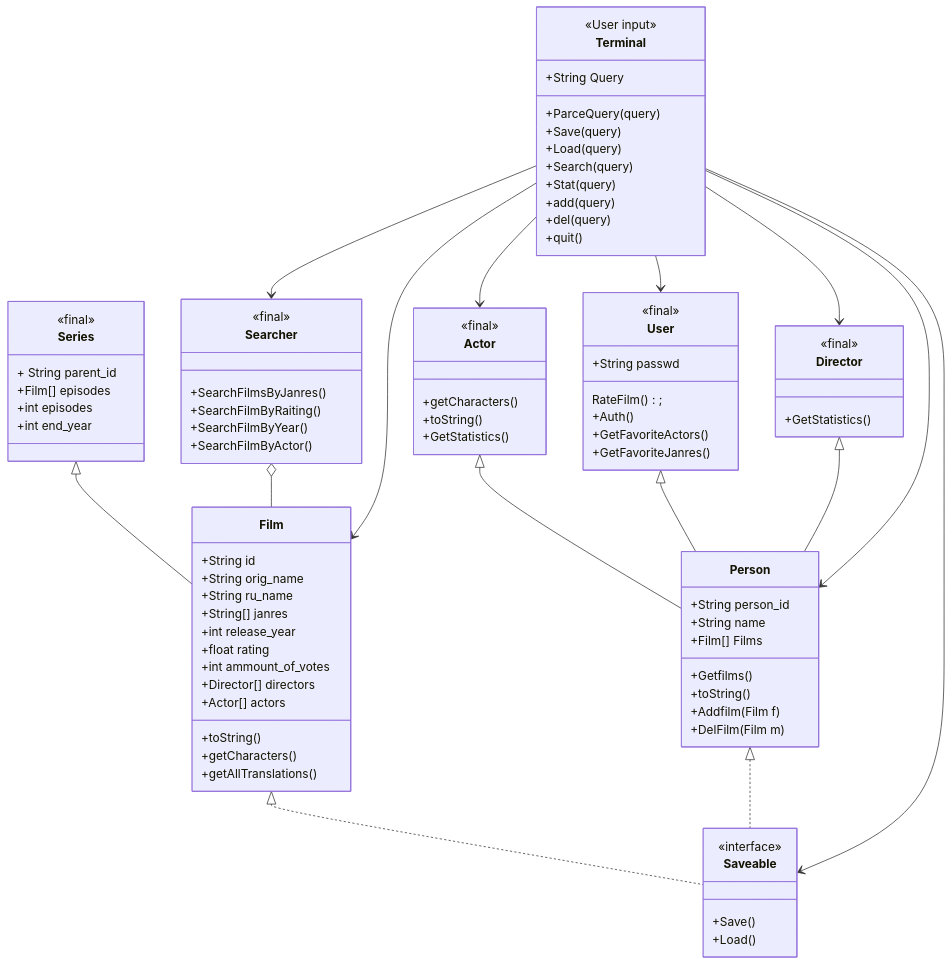
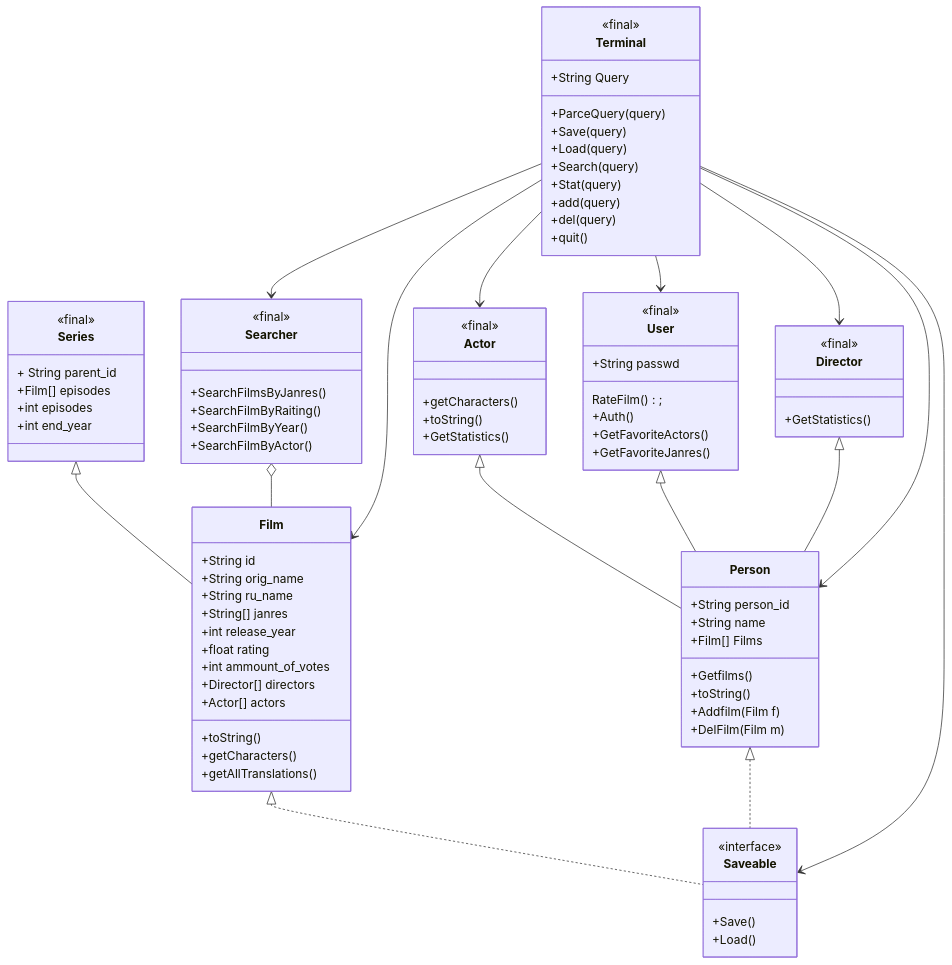
The diagram in Java_OOP/Monastyrskiy/Java_project/docs/structure.md (mmonastyrskiy/Programming_3_sem), drawn with Mermaid before and after one commit.

````diff
--- a/Java_OOP/Monastyrskiy/Java_project/docs/structure.md
+++ b/Java_OOP/Monastyrskiy/Java_project/docs/structure.md
@@ -14,7 +14,6 @@
 ```mermaid
 classDiagram
     class Terminal{
-    <<User input>>
     <<final>>
     +String Query
     +ParceQuery(query)
````
